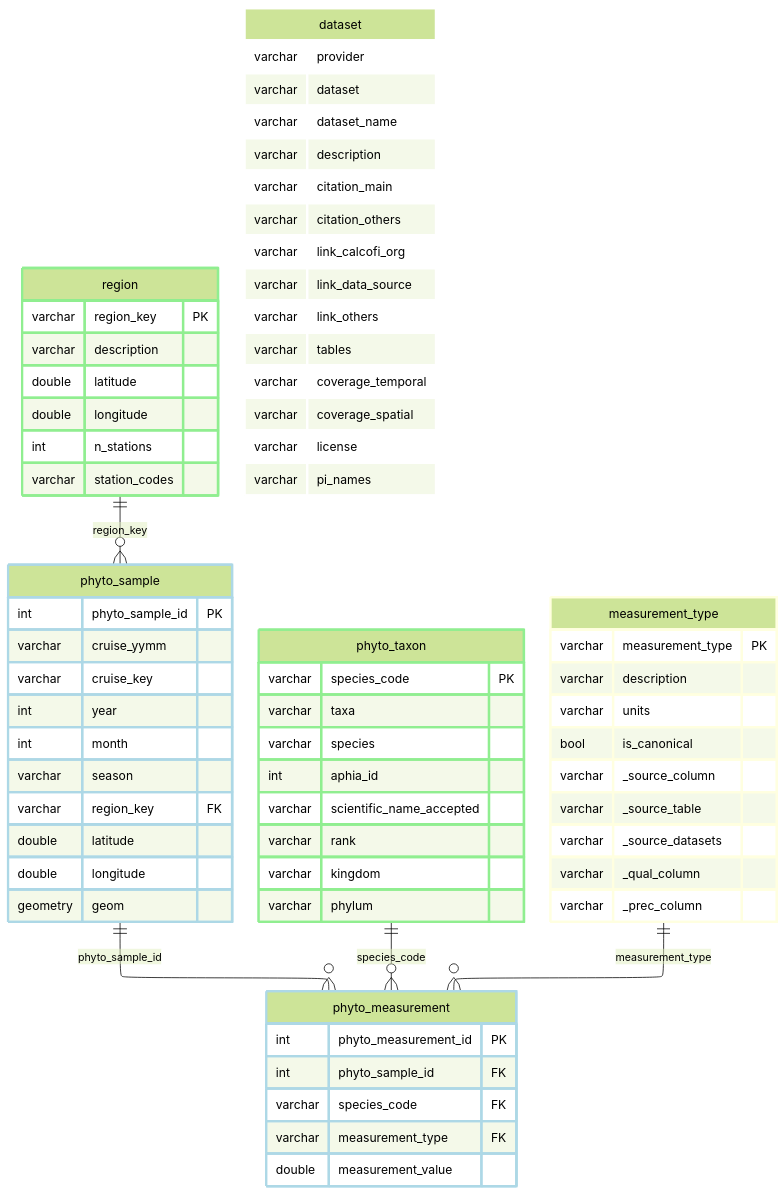
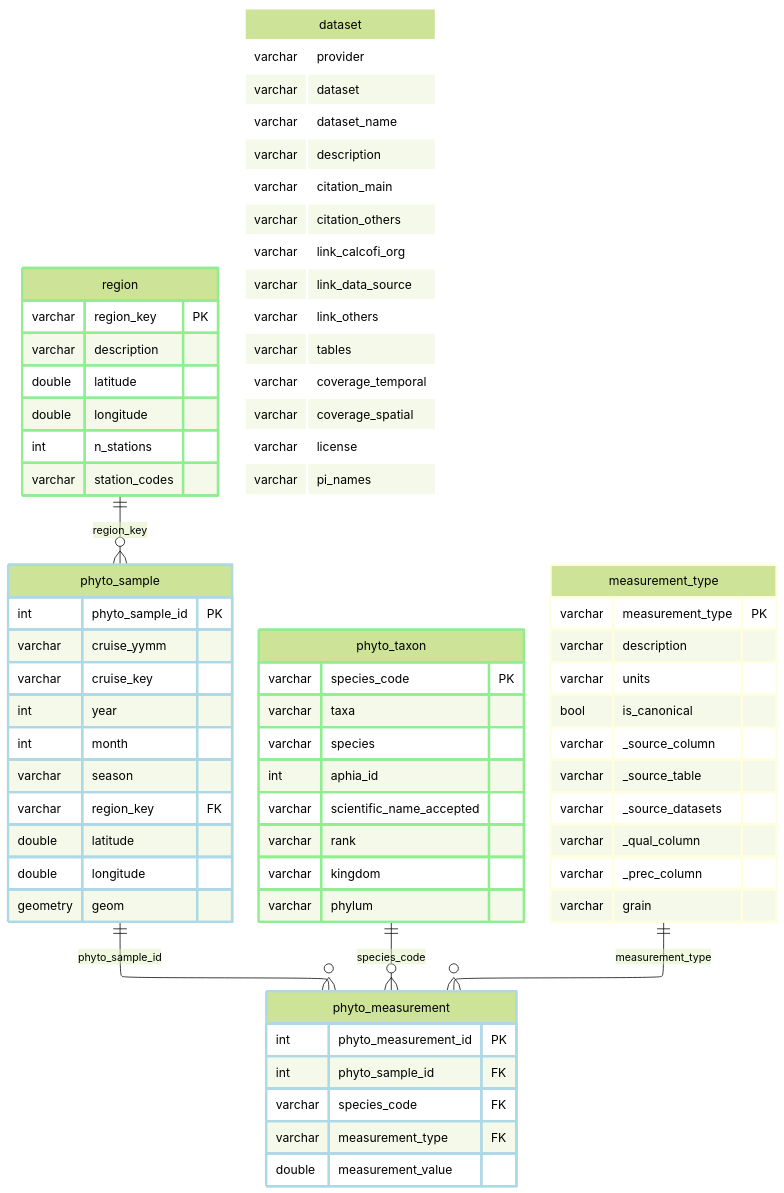
The diagram in _output/ingest_calcofi_phytoplankton_files/figure-html/finalize-1.mmd (CalCOFI/workflows), drawn with Mermaid (forest theme) before and after one commit. The commit also changed 243 other files, not shown here.

```diff
--- a/_output/ingest_calcofi_phytoplankton_files/figure-html/finalize-1.mmd
+++ b/_output/ingest_calcofi_phytoplankton_files/figure-html/finalize-1.mmd
@@ -1,81 +1,82 @@
 ---
 config:
   layout: elk
 ---
 erDiagram
     phyto_sample {
         int phyto_sample_id PK
         varchar cruise_yymm
         varchar cruise_key
         int year
         int month
         varchar season
         varchar region_key FK
         double latitude
         double longitude
         geometry geom
     }
     phyto_measurement {
         int phyto_measurement_id PK
         int phyto_sample_id FK
         varchar species_code FK
         varchar measurement_type FK
         double measurement_value
     }
     phyto_taxon {
         varchar species_code PK
         varchar taxa
         varchar species
         int aphia_id
         varchar scientific_name_accepted
         varchar rank
         varchar kingdom
         varchar phylum
     }
     region {
         varchar region_key PK
         varchar description
         double latitude
         double longitude
         int n_stations
         varchar station_codes
     }
     measurement_type {
         varchar measurement_type PK
         varchar description
         varchar units
         bool is_canonical
         varchar _source_column
         varchar _source_table
         varchar _source_datasets
         varchar _qual_column
         varchar _prec_column
+        varchar grain
     }
     dataset {
         varchar provider
         varchar dataset
         varchar dataset_name
         varchar description
         varchar citation_main
         varchar citation_others
         varchar link_calcofi_org
         varchar link_data_source
         varchar link_others
         varchar tables
         varchar coverage_temporal
         varchar coverage_spatial
         varchar license
         varchar pi_names
     }
     region ||--o{ phyto_sample : "region_key"
     phyto_sample ||--o{ phyto_measurement : "phyto_sample_id"
     phyto_taxon ||--o{ phyto_measurement : "species_code"
     measurement_type ||--o{ phyto_measurement : "measurement_type"
     classDef lightblue stroke:#ADD8E6,stroke-width:3px
     class phyto_sample,phyto_measurement lightblue
     classDef lightgreen stroke:#90EE90,stroke-width:3px
     class phyto_taxon,region lightgreen
     classDef lightyellow stroke:#FFFFE0,stroke-width:3px
     class measurement_type lightyellow
     classDef white stroke:#FFFFFF,stroke-width:3px
     class dataset white
```
